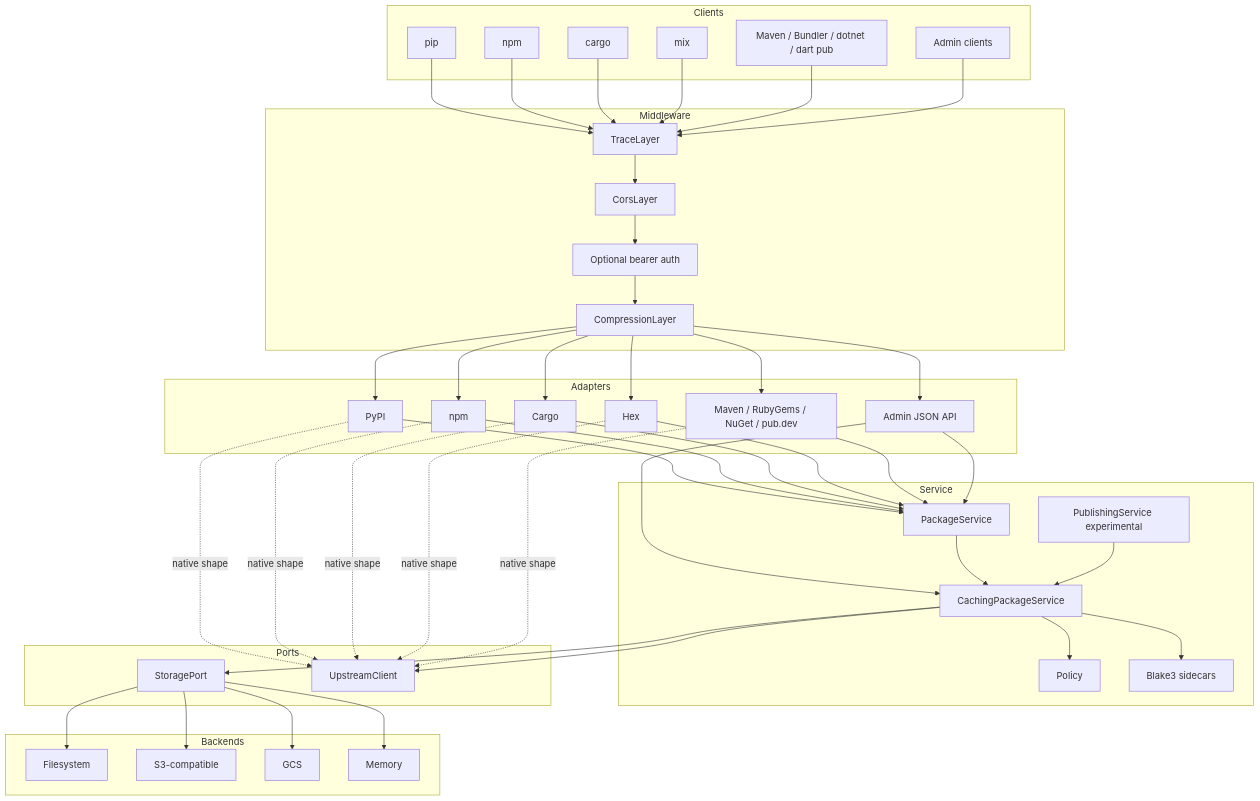
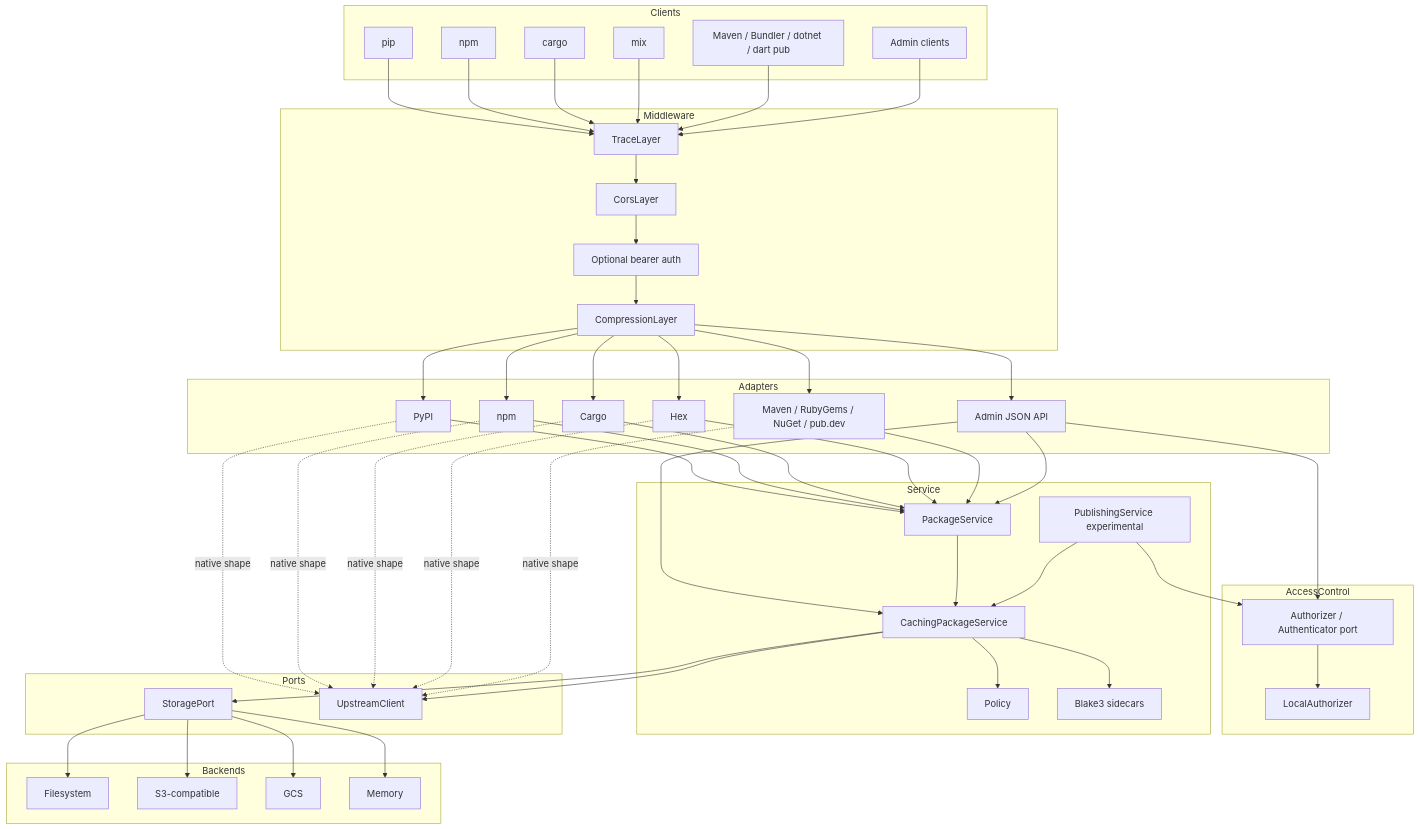
Before and after one commit to Goldziher/starmetal: the first of 3 diagrams in docs/architecture.md, drawn with Mermaid. The commit also changed other lines of this file and 4 other files, not shown here.

```diff
--- a/docs/architecture.md
+++ b/docs/architecture.md
@@ -35,6 +35,11 @@
         compress[CompressionLayer]
     end
 
+    subgraph AccessControl
+        authorizer[Authorizer / Authenticator port]
+        local_authorizer[LocalAuthorizer]
+    end
+
     subgraph Adapters
         pypi[PyPI]
         npm[npm]
@@ -51,6 +56,10 @@
         policy[Policy]
         integrity[Blake3 sidecars]
     end
+
+    publishing --> authorizer
+    admin --> authorizer
+    authorizer --> local_authorizer
 
     subgraph Ports
         storage[StoragePort]
```
